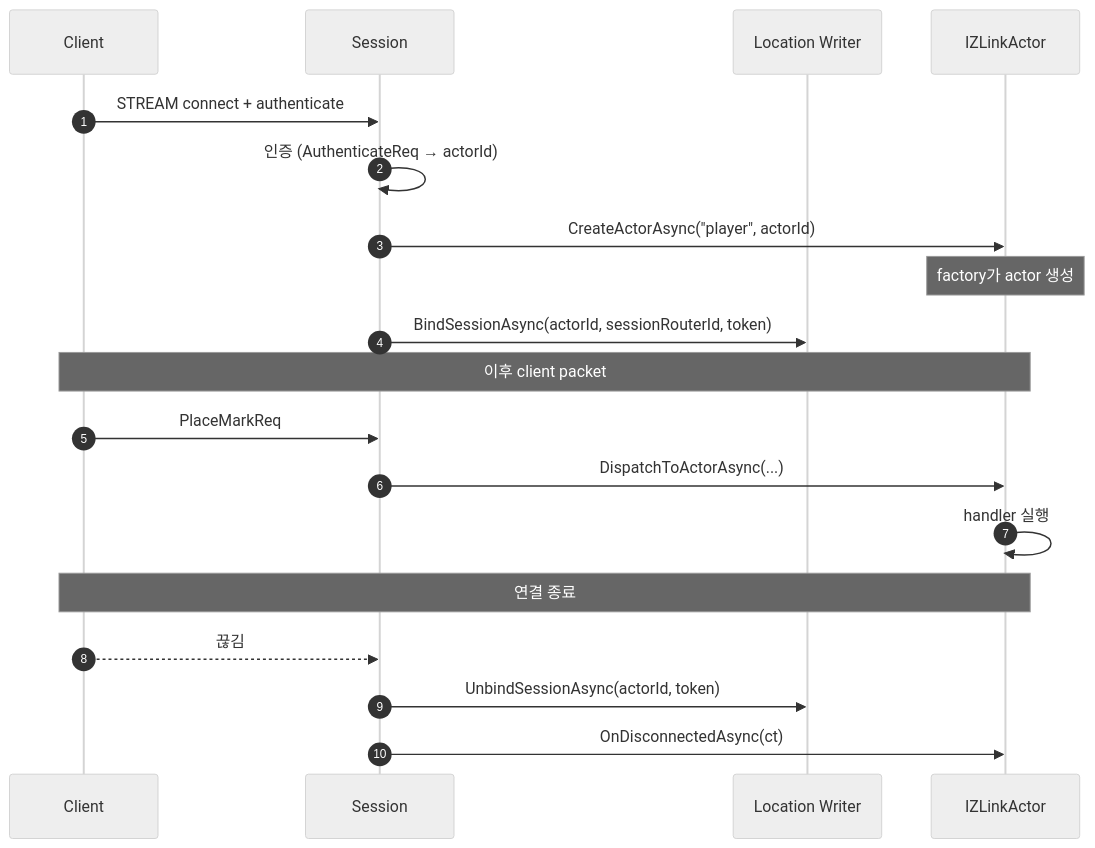
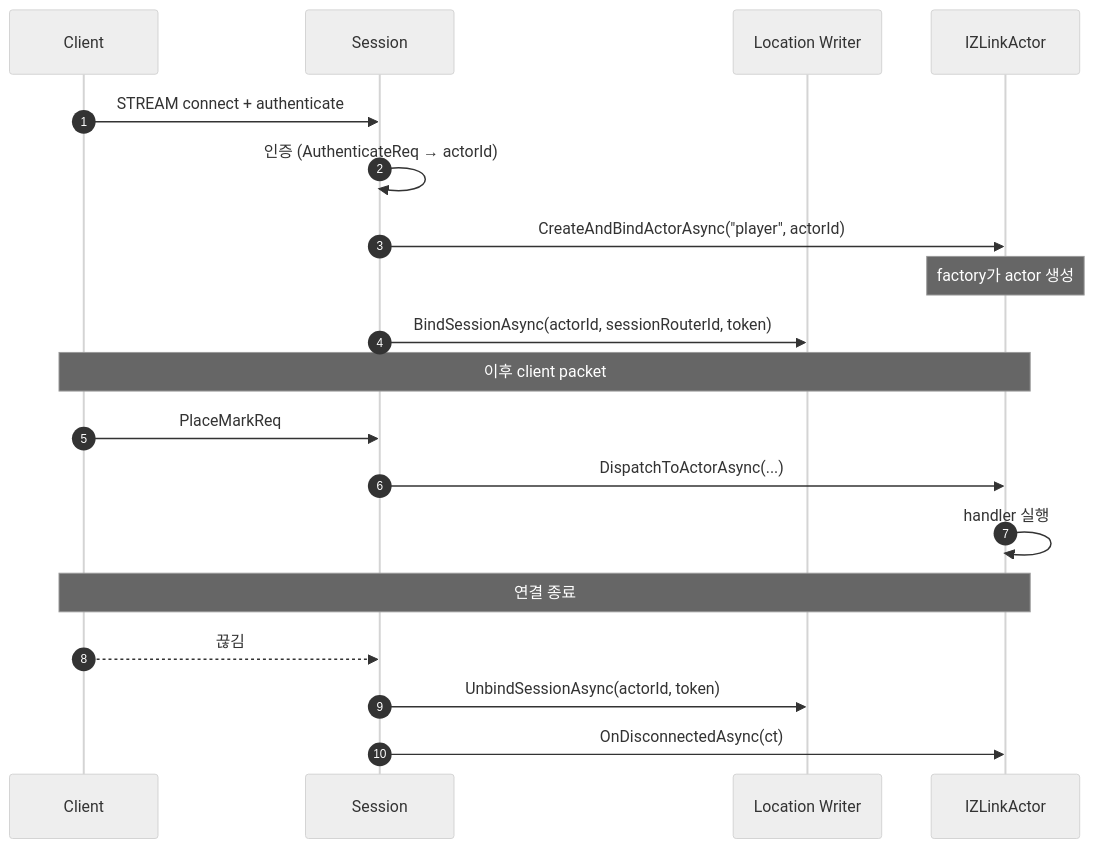
The second of 3 diagrams in framework/doc/spec/draft/framework-adapter/bindings/dotnet/aspnet-core-actor.ko.md (kairos-code-dev/zlink), drawn with Mermaid (neutral theme) before and after one commit. The commit also changed other lines of this file and 78 other files, not shown here.

````diff
--- a/framework/doc/spec/draft/framework-adapter/bindings/dotnet/aspnet-core-actor.ko.md
+++ b/framework/doc/spec/draft/framework-adapter/bindings/dotnet/aspnet-core-actor.ko.md
@@ -705,24 +705,24 @@
 ```mermaid
 sequenceDiagram
     autonumber
     participant C as Client
     participant S as Session
     participant Loc as Location Writer
     participant Act as IZLinkActor
 
     C->>S: STREAM connect + authenticate
     S->>S: 인증 (AuthenticateReq → actorId)
-    S->>Act: CreateActorAsync("player", actorId)
+    S->>Act: CreateAndBindActorAsync("player", actorId)
     Note over Act: factory가 actor 생성
     S->>Loc: BindSessionAsync(actorId, sessionRouterId, token)
 
     Note over C,Act: 이후 client packet
     C->>S: PlaceMarkReq
     S->>Act: DispatchToActorAsync(...)
     Act->>Act: handler 실행
 
     Note over C,Act: 연결 종료
     C-->>S: 끊김
     S->>Loc: UnbindSessionAsync(actorId, token)
     S->>Act: OnDisconnectedAsync(ct)
 ```
````
